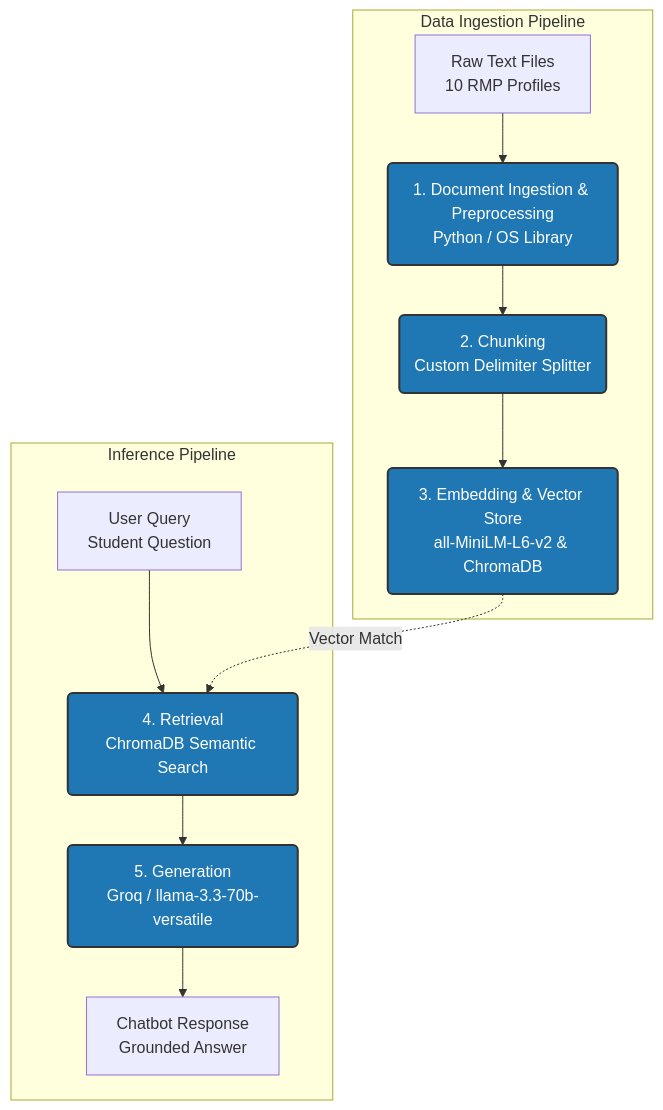
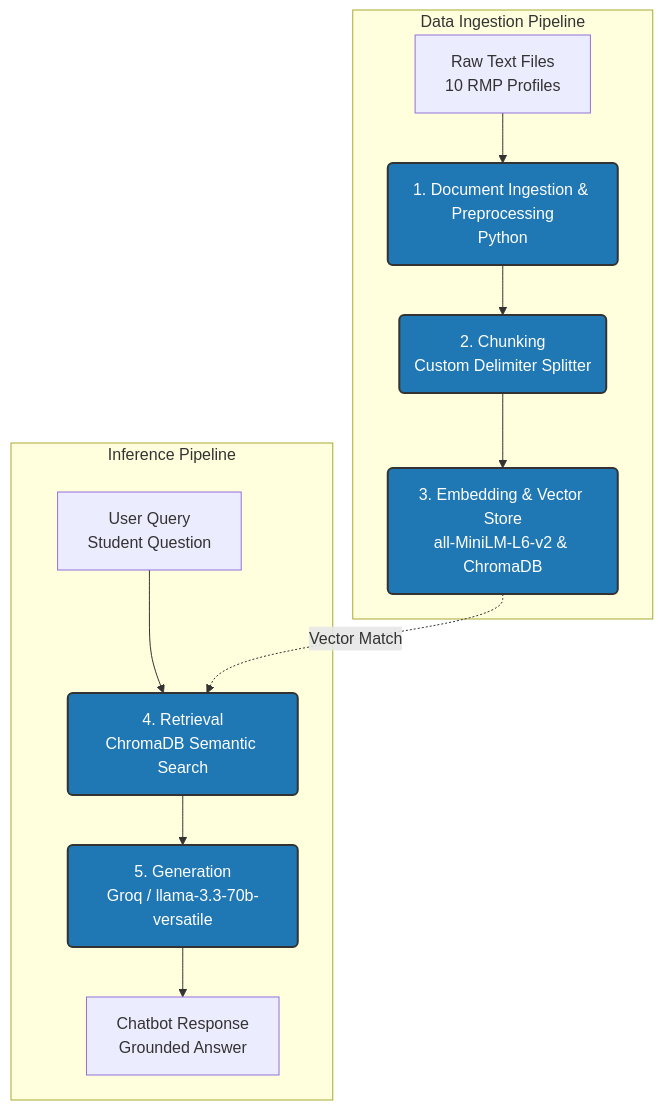
Before and after one commit to Anthony-Jerez/ai201-project1-unofficial-guide-starter: the diagram in planning.md, drawn with Mermaid.

````diff
--- a/planning.md
+++ b/planning.md
@@ -118,23 +118,23 @@
 ```mermaid
 
 graph TD
     %% Define Styles
     classDef stage fill:#1f77b4,stroke:#333,stroke-width:2px,color:#fff;
     classDef tech fill:#e7cfcd,stroke:#333,stroke-width:1px,color:#000;
 
     subgraph Phase 1: Ingestion & Storage [Data Ingestion Pipeline]
-        A[Raw Text Files<br>10 RMP Profiles] --> B(1. Document Ingestion & Preprocessing<br>Python / OS Library)
+        A[Raw Text Files<br>10 RMP Profiles] --> B(1. Document Ingestion & Preprocessing<br>Python)
         B --> C(2. Chunking<br>Custom Delimiter Splitter)
         C --> D(3. Embedding & Vector Store<br>all-MiniLM-L6-v2 & ChromaDB)
     end
 
     subgraph Phase 2: Runtime RAG Chatbot [Inference Pipeline]
         E[User Query<br>Student Question] --> F(4. Retrieval<br>ChromaDB Semantic Search)
         D -. Vector Match .-> F
         F --> G(5. Generation<br>Groq / llama-3.3-70b-versatile)
         G --> H[Chatbot Response<br>Grounded Answer]
     end
 
     %% Apply Styles
     class B,C,D,F,G stage;
 ```
````
